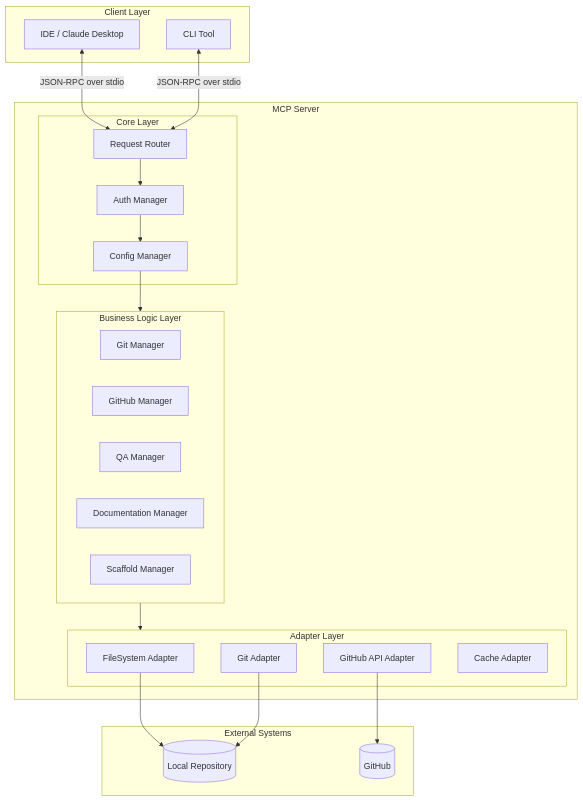
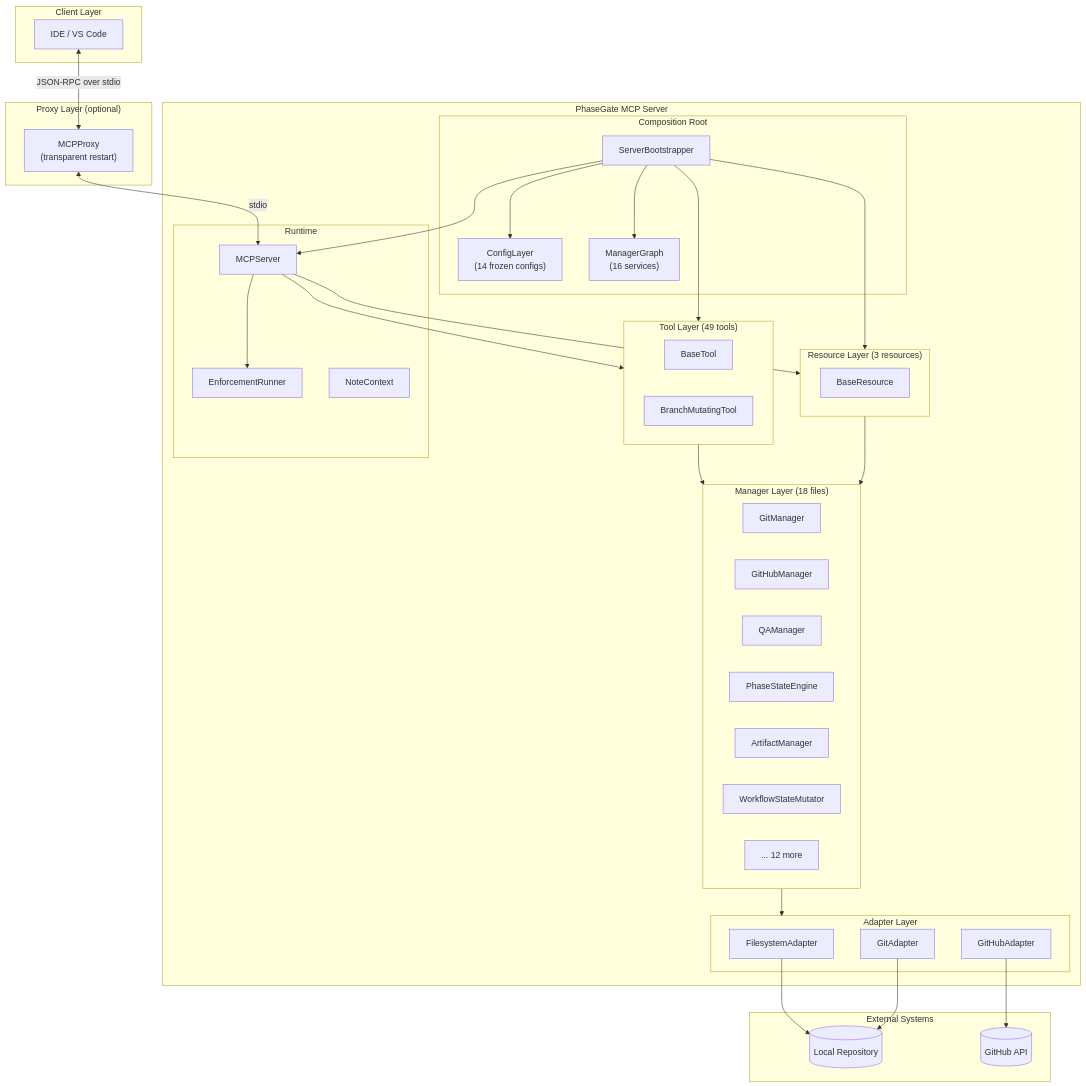
Before and after one commit to MikeyVK/phase-gate-mcp: the first of 4 diagrams in docs/mcp_server/ARCHITECTURE.md, drawn with Mermaid. The commit also changed other lines of this file and 1 other file, not shown here.

Commit message:
feat(P_IMPLEMENTATION_SP_C3_GREEN): refactor(docs): complete rewrite of ARCHITECTURE.md reflecting actual server architecture (C_CLEANUP.3) (#391)

````diff
--- a/docs/mcp_server/ARCHITECTURE.md
+++ b/docs/mcp_server/ARCHITECTURE.md
@@ -96,48 +90,75 @@
 ```mermaid
 graph TB
     subgraph Clients ["Client Layer"]
-        IDE[IDE / Claude Desktop]
-        CLI[CLI Tool]
+        IDE["IDE / VS Code"]
     end
 
-    subgraph MCP ["MCP Server"]
-        subgraph Core ["Core Layer"]
-            Router[Request Router]
-            Auth[Auth Manager]
-            Config[Config Manager]
+    subgraph Proxy ["Proxy Layer (optional)"]
+        MCPProxy["MCPProxy\n(transparent restart)"]
+    end
+
+    subgraph Server ["PhaseGate MCP Server"]
+        subgraph Bootstrap ["Composition Root"]
+            Bootstrapper["ServerBootstrapper"]
+            ConfigLayer["ConfigLayer\n(14 frozen configs)"]
+            ManagerGraph["ManagerGraph\n(16 services)"]
         end
 
-        subgraph Business ["Business Logic Layer"]
-            GitMgr[Git Manager]
-            GHMgr[GitHub Manager]
-            QAMgr[QA Manager]
-            DocMgr[Documentation Manager]
-            ScaffoldMgr[Scaffold Manager]
+        subgraph Runtime ["Runtime"]
+            MCPServer["MCPServer"]
+            Enforcement["EnforcementRunner"]
+            NoteCtx["NoteContext"]
+        end
+
+        subgraph Tools ["Tool Layer (49 tools)"]
+            BaseTool["BaseTool"]
+            BranchMut["BranchMutatingTool"]
+        end
+
+        subgraph Resources ["Resource Layer (3 resources)"]
+            BaseRes["BaseResource"]
+        end
+
+        subgraph Managers ["Manager Layer (18 files)"]
+            GitMgr["GitManager"]
+            GHMgr["GitHubManager"]
+            QAMgr["QAManager"]
+            PhaseSE["PhaseStateEngine"]
+            ArtMgr["ArtifactManager"]
+            StateMut["WorkflowStateMutator"]
+            OtherMgr["... 12 more"]
         end
 
         subgraph Adapters ["Adapter Layer"]
-            FSAdapter[FileSystem Adapter]
-            GitAdapter[Git Adapter]
-            GHAdapter[GitHub API Adapter]
-            CacheAdapter[Cache Adapter]
+            FSAdapter["FilesystemAdapter"]
+            GitAdapter["GitAdapter"]
+            GHAdapter["GitHubAdapter"]
         end
     end
 
     subgraph External ["External Systems"]
-        Repo[(Local Repository)]
-        Remote[(GitHub)]
+        Repo[("Local Repository")]
+        Remote[("GitHub API")]
     end
 
-    IDE <-->|JSON-RPC over stdio| Router
-    CLI <-->|JSON-RPC over stdio| Router
-    
-    Router --> Auth
-    Auth --> Config
-    Config --> Business
-    
-    Business --> Adapters
-    
+    IDE <-->|"JSON-RPC over stdio"| MCPProxy
+    MCPProxy <-->|"stdio"| MCPServer
+
+    Bootstrapper --> ConfigLayer
+    Bootstrapper --> ManagerGraph
+    Bootstrapper --> Tools
+    Bootstrapper --> Resources
+    Bootstrapper --> MCPServer
+
+    MCPServer --> Enforcement
+    MCPServer --> Tools
+    MCPServer --> Resources
+
+    Tools --> Managers
+    Resources --> Managers
+    Managers --> Adapters
+
     FSAdapter --> Repo
     GitAdapter --> Repo
     GHAdapter --> Remote
 ```
````
